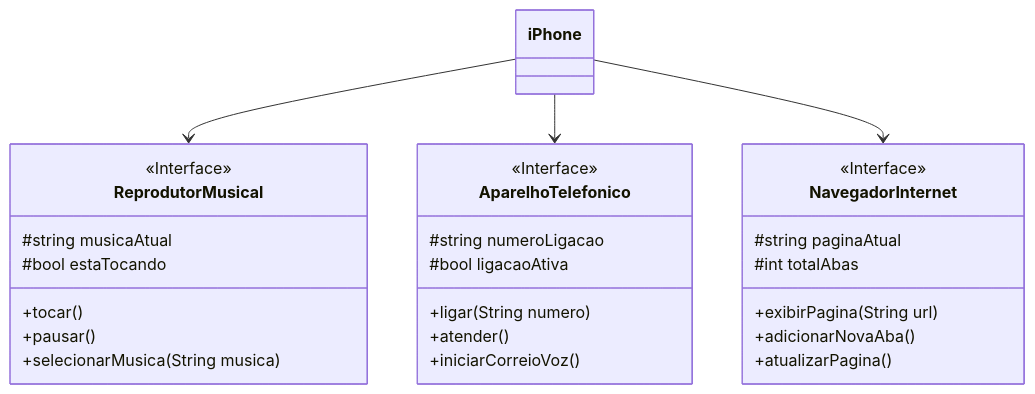
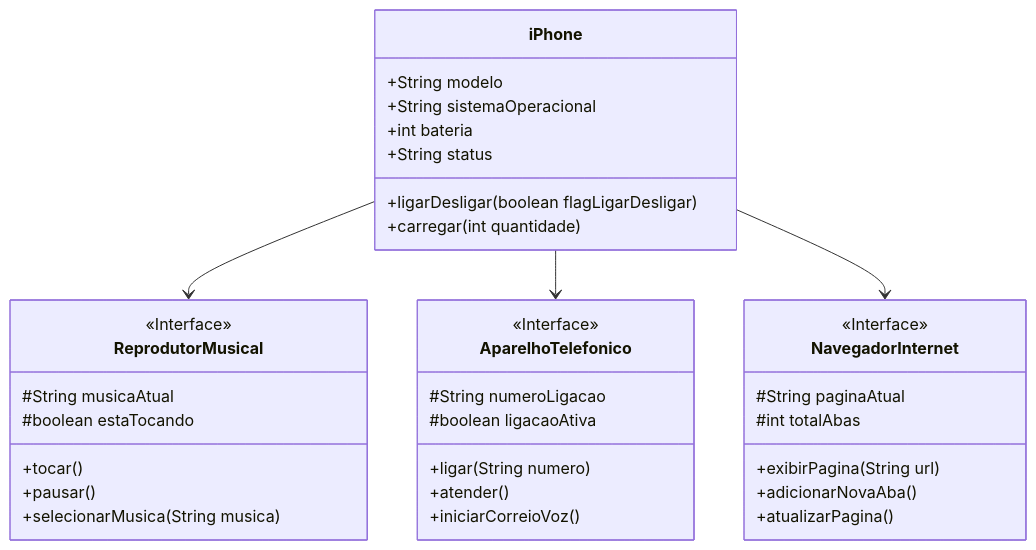
Before and after one commit to BenedettiSaulo/dio-trilha-java-basico: the diagram in desafios/poo/README.md, drawn with Mermaid.

Commit message:
Ajustado diagrama do desafio de POO

````diff
--- a/desafios/poo/README.md
+++ b/desafios/poo/README.md
@@ -31,37 +31,43 @@
 ```mermaid
 classDiagram
     class ReprodutorMusical {
         <<Interface>>
-        #string musicaAtual 
-        #bool estaTocando
+        #String musicaAtual 
+        #boolean estaTocando
         +tocar()
         +pausar()
         +selecionarMusica(String musica)
     }
 
     class AparelhoTelefonico {
         <<Interface>>
-        #string numeroLigacao
-        #bool ligacaoAtiva
+        #String numeroLigacao
+        #boolean ligacaoAtiva
         +ligar(String numero)
         +atender()
         +iniciarCorreioVoz()
     }
 
     class NavegadorInternet {
         <<Interface>>
-        #string paginaAtual
+        #String paginaAtual
         #int totalAbas
         +exibirPagina(String url)
         +adicionarNovaAba()
         +atualizarPagina()
     }
 
     class iPhone {
+        +String modelo
+        +String sistemaOperacional
+        +int bateria
+        +String status
+        +ligarDesligar(boolean flagLigarDesligar)
+        +carregar(int quantidade)
     }
 
     iPhone --> ReprodutorMusical
     iPhone --> AparelhoTelefonico
     iPhone --> NavegadorInternet
     
 ```
````
